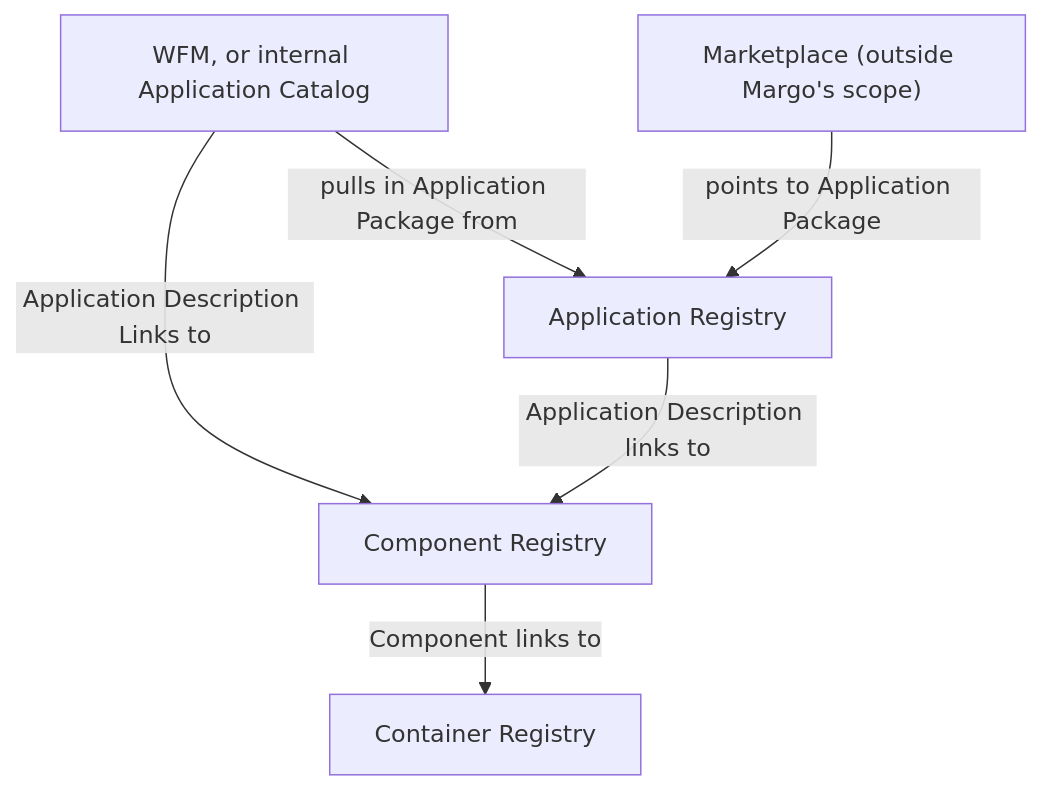
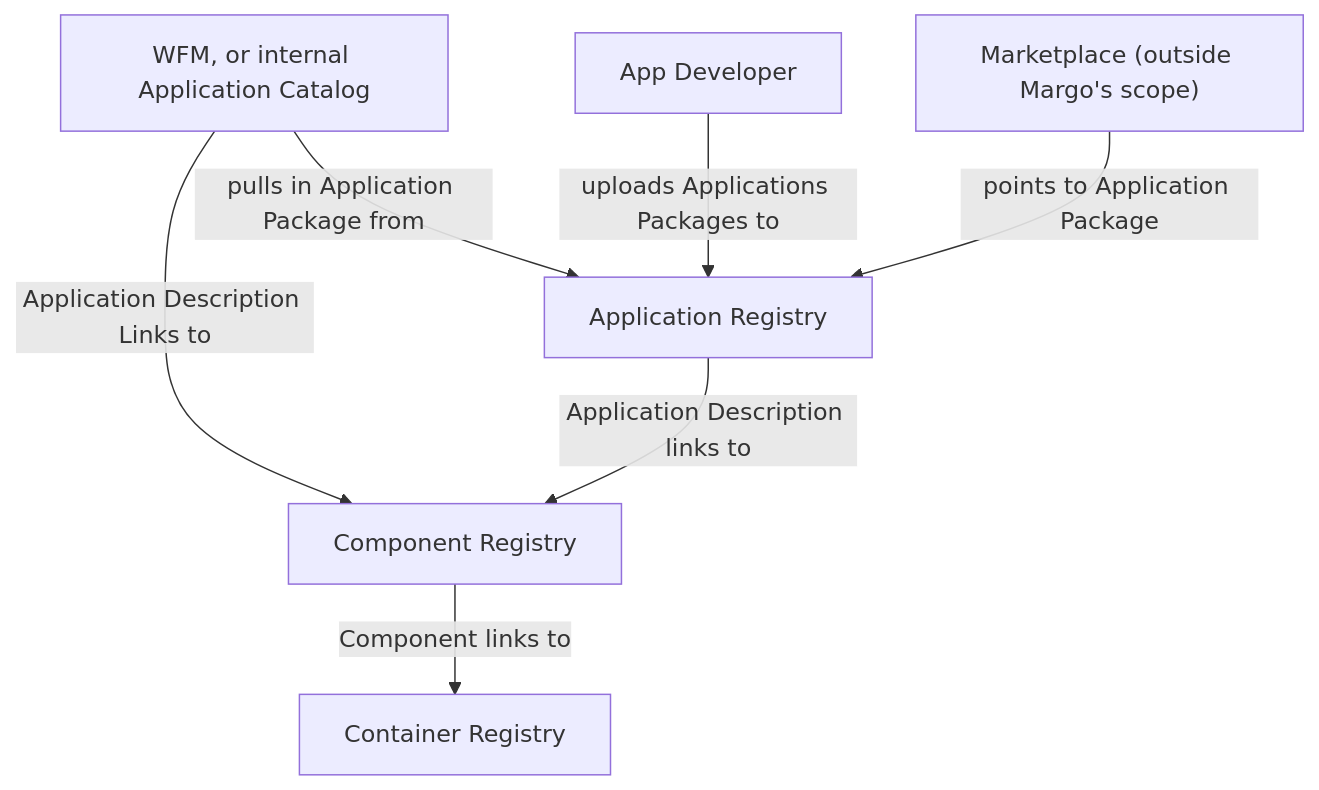
One commit to margo/specification changed the diagram in system-design/concepts/workloads/local-registries.md. Above: the diagram before and after it, drawn with Mermaid.

Commit message:
Missed a line when fixing diagram

````diff
--- a/system-design/concepts/workloads/local-registries.md
+++ b/system-design/concepts/workloads/local-registries.md
@@ -11,9 +11,10 @@
 ```mermaid
 flowchart
    A[WFM, or internal Application Catalog] -- Application Description Links to --> B[Component Registry] 
    C[Application Registry] -- Application Description links to --> B
    B -- Component links to --> D[Container Registry]
    A -->|pulls in Application Package from| C
+   F[App Developer] -->|uploads Applications Packages to| C
    G["Marketplace (outside Margo's scope)"] -- points to Application Package --> C
 
 ```
````
